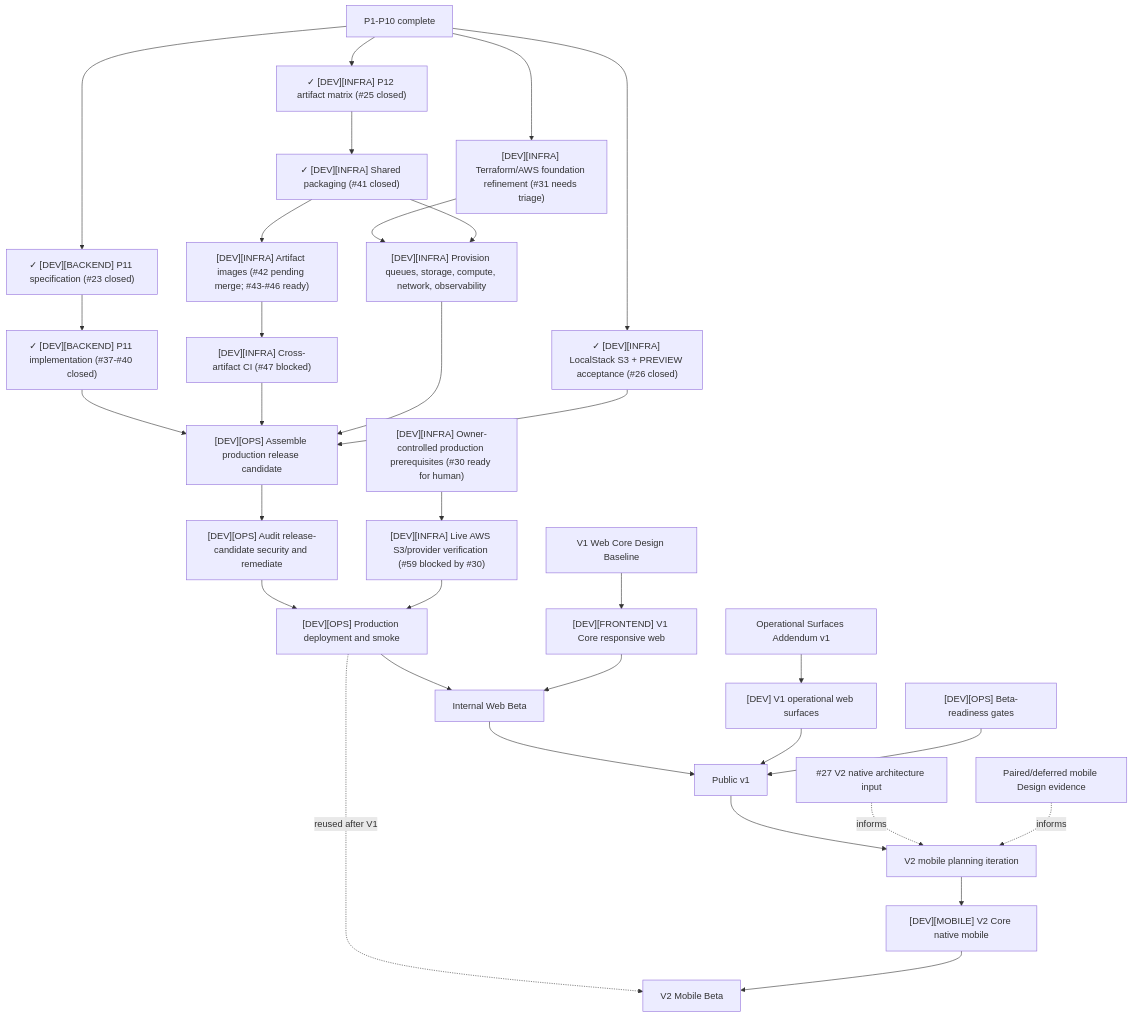
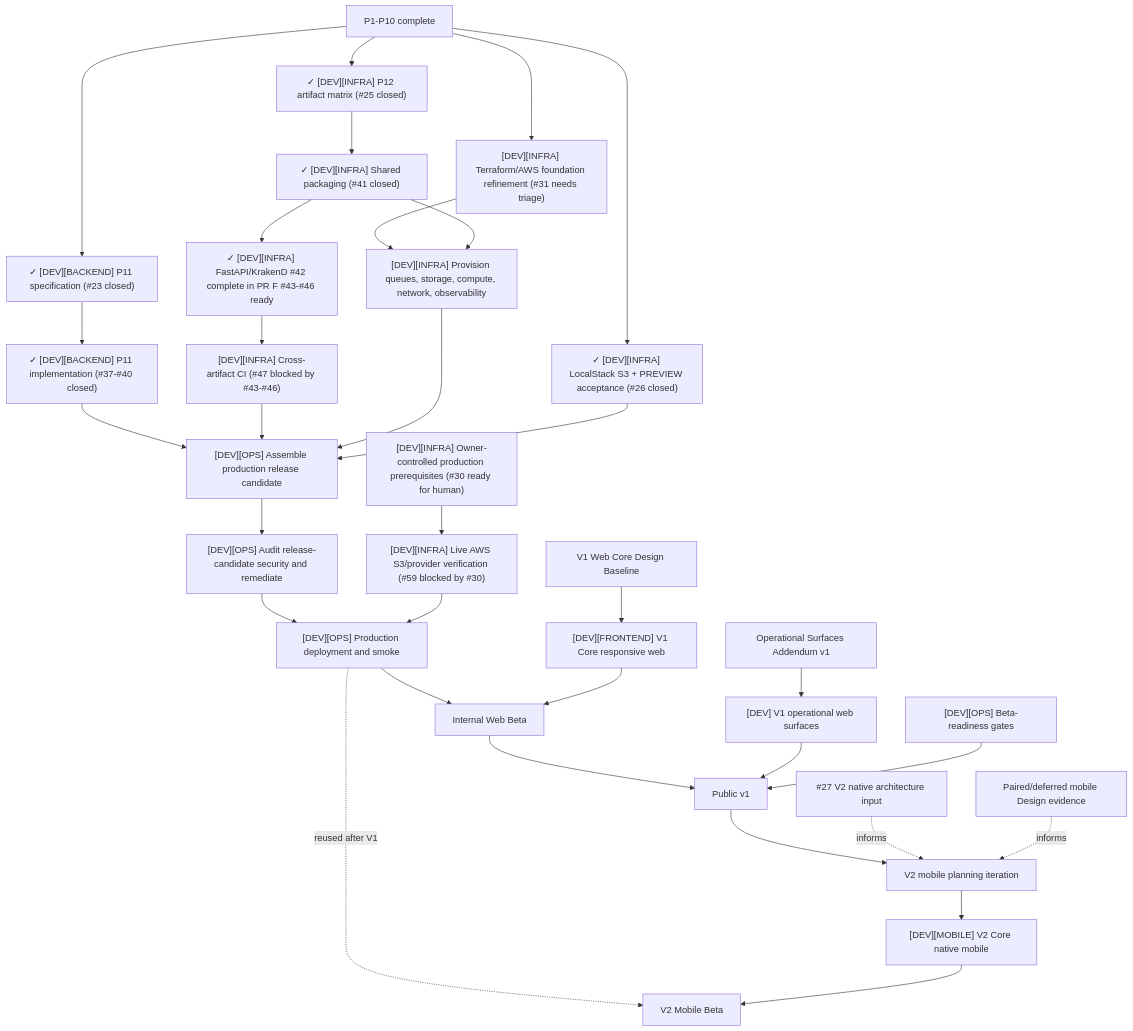
Before and after one commit to starkovalera/recipe-manager: the diagram in docs/architecture/production-roadmap.md, drawn with Mermaid. The commit also changed other lines of this file and 3 other files, not shown here.

````diff
--- a/docs/architecture/production-roadmap.md
+++ b/docs/architecture/production-roadmap.md
@@ -215,41 +215,41 @@
 ```mermaid
 flowchart TD
   p10["P1-P10 complete"]
   p10 --> p11Spec["✓ [DEV][BACKEND] P11 specification (#23 closed)"]
   p11Spec --> p11Implementation["✓ [DEV][BACKEND] P11 implementation (#37-#40 closed)"]
   p10 --> p12Spec["✓ [DEV][INFRA] P12 artifact matrix (#25 closed)"]
   p12Spec --> p12Shared["✓ [DEV][INFRA] Shared packaging (#41 closed)"]
-  p12Shared --> p12Artifacts["[DEV][INFRA] Artifact images (#42 pending merge; #43-#46 ready)"]
-  p12Artifacts --> p12Ci["[DEV][INFRA] Cross-artifact CI (#47 blocked)"]
+  p12Shared --> p12Artifacts["✓ [DEV][INFRA] FastAPI/KrakenD #42 complete in PR #70; #43-#46 ready"]
+  p12Artifacts --> p12Ci["[DEV][INFRA] Cross-artifact CI (#47 blocked by #43-#46)"]
   p10 --> localstack["✓ [DEV][INFRA] LocalStack S3 + PREVIEW acceptance (#26 closed)"]
   p10 --> tfFoundation["[DEV][INFRA] Terraform/AWS foundation refinement (#31 needs triage)"]
   ownerInputs["[DEV][INFRA] Owner-controlled production prerequisites (#30 ready for human)"]
   ownerInputs --> liveAws["[DEV][INFRA] Live AWS S3/provider verification (#59 blocked by #30)"]
 
   tfFoundation --> cloudResources["[DEV][INFRA] Provision queues, storage, compute, network, observability"]
   p12Shared --> cloudResources
 
   p11Implementation --> releaseCandidate["[DEV][OPS] Assemble production release candidate"]
   p12Ci --> releaseCandidate
   cloudResources --> releaseCandidate
   localstack --> releaseCandidate
   releaseCandidate --> security["[DEV][OPS] Audit release-candidate security and remediate"]
   security --> technicalProd["[DEV][OPS] Production deployment and smoke"]
   liveAws --> technicalProd
 
   designCore["V1 Web Core Design Baseline"] --> web["[DEV][FRONTEND] V1 Core responsive web"]
   technicalProd --> webBeta["Internal Web Beta"]
   web --> webBeta
 
   designOps["Operational Surfaces Addendum v1"] --> operationalClients["[DEV] V1 operational web surfaces"]
   webBeta --> publicV1["Public v1"]
   operationalClients --> publicV1
   beta["[DEV][OPS] Beta-readiness gates"] --> publicV1
 
   publicV1 --> v2Planning["V2 mobile planning iteration"]
   mobileResearch["#27 V2 native architecture input"] -. informs .-> v2Planning
   pairedDesign["Paired/deferred mobile Design evidence"] -. informs .-> v2Planning
   v2Planning --> mobile["[DEV][MOBILE] V2 Core native mobile"]
   technicalProd -. reused after V1 .-> mobileBeta["V2 Mobile Beta"]
   mobile --> mobileBeta
 ```
````
